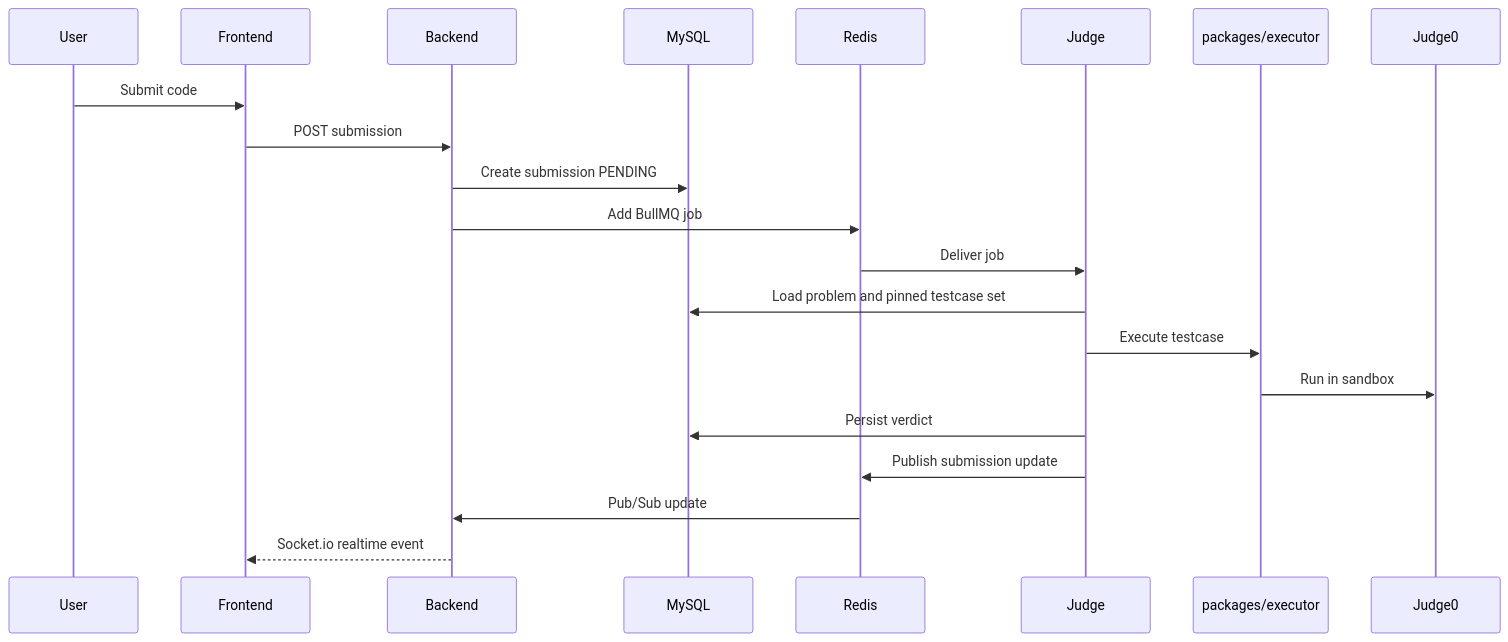
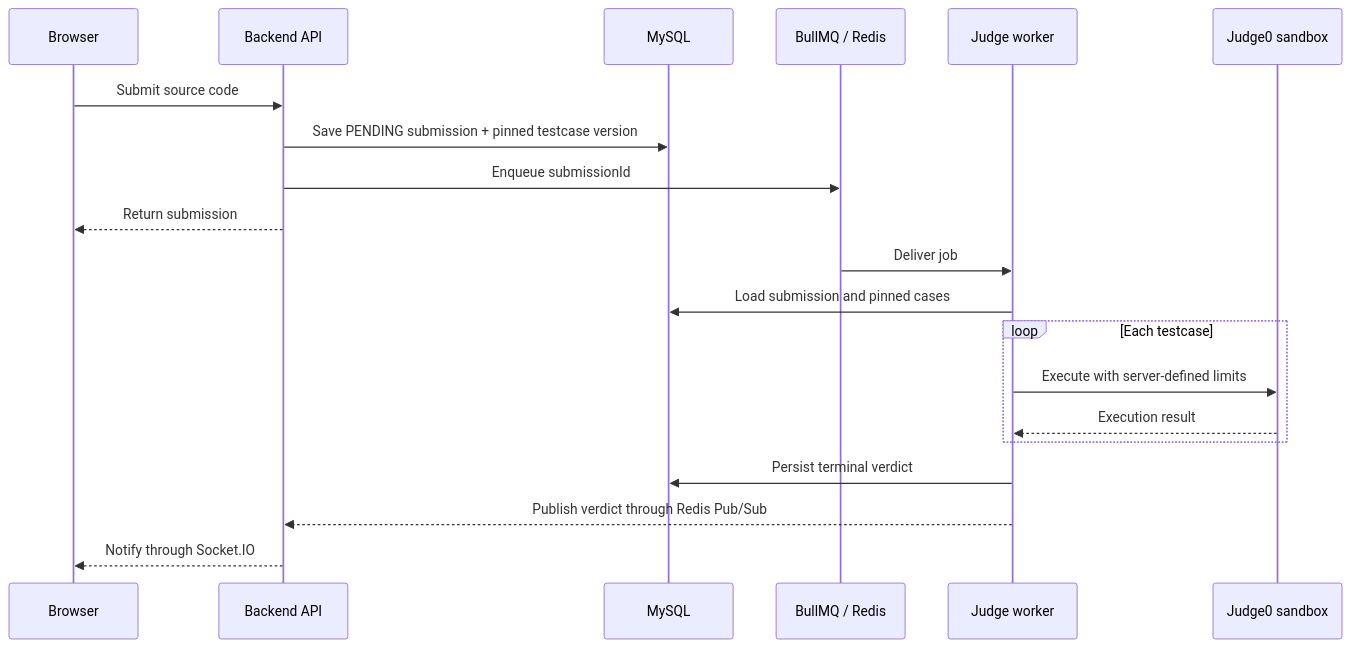
One commit to jack1e2401/fessior changed the diagram in README.md. Above: the diagram before and after it, drawn with Mermaid. The commit also changed other lines of this file, not shown here.

````diff
--- a/README.md
+++ b/README.md
@@ -66,24 +36,23 @@
 ```mermaid
 sequenceDiagram
-    participant User
-    participant Frontend
-    participant Backend
-    participant MySQL
-    participant Redis
-    participant Judge
-    participant Executor as packages/executor
-    participant Judge0
+  participant User as Browser
+  participant API as Backend API
+  participant DB as MySQL
+  participant Queue as BullMQ / Redis
+  participant Judge as Judge worker
+  participant J0 as Judge0 sandbox
 
-    User->>Frontend: Submit code
-    Frontend->>Backend: POST submission
-    Backend->>MySQL: Create submission PENDING
-    Backend->>Redis: Add BullMQ job
-    Redis->>Judge: Deliver job
-    Judge->>MySQL: Load problem and pinned testcase set
-    Judge->>Executor: Execute testcase
-    Executor->>Judge0: Run in sandbox
-    Judge->>MySQL: Persist verdict
-    Judge->>Redis: Publish submission update
-    Redis->>Backend: Pub/Sub update
-    Backend-->>Frontend: Socket.io realtime event
+  User->>API: Submit source code
+  API->>DB: Save PENDING submission + pinned testcase version
+  API->>Queue: Enqueue submissionId
+  API-->>User: Return submission
+  Queue->>Judge: Deliver job
+  Judge->>DB: Load submission and pinned cases
+  loop Each testcase
+    Judge->>J0: Execute with server-defined limits
+    J0-->>Judge: Execution result
+  end
+  Judge->>DB: Persist terminal verdict
+  Judge-->>API: Publish verdict through Redis Pub/Sub
+  API-->>User: Notify through Socket.IO
 ```
````
